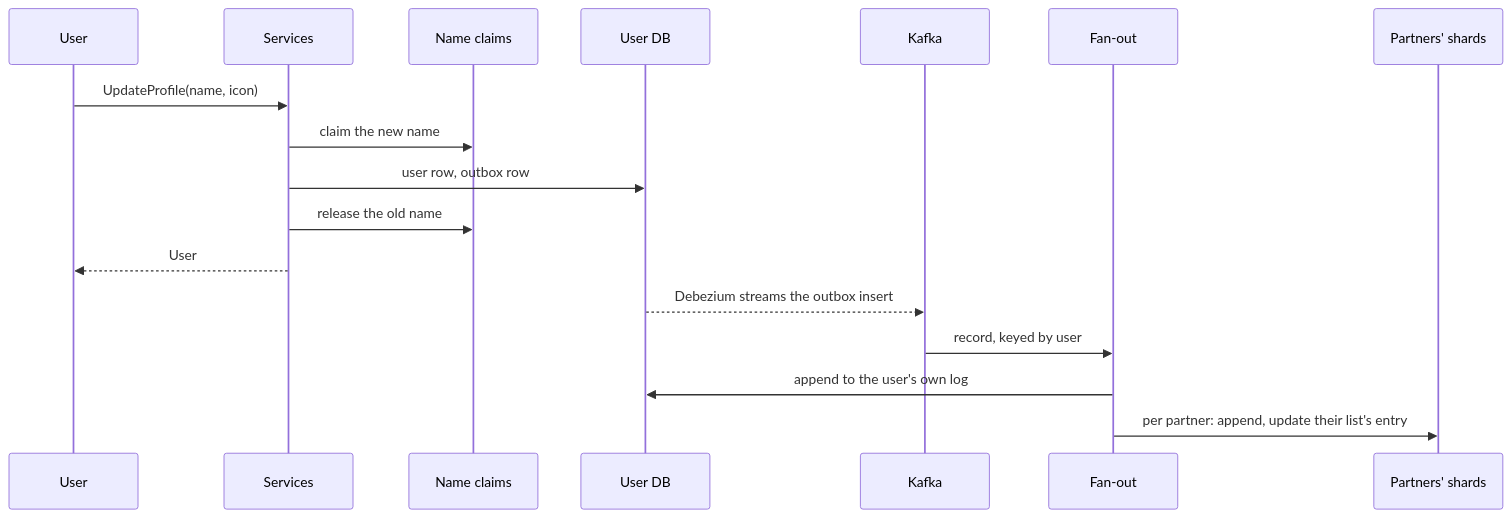
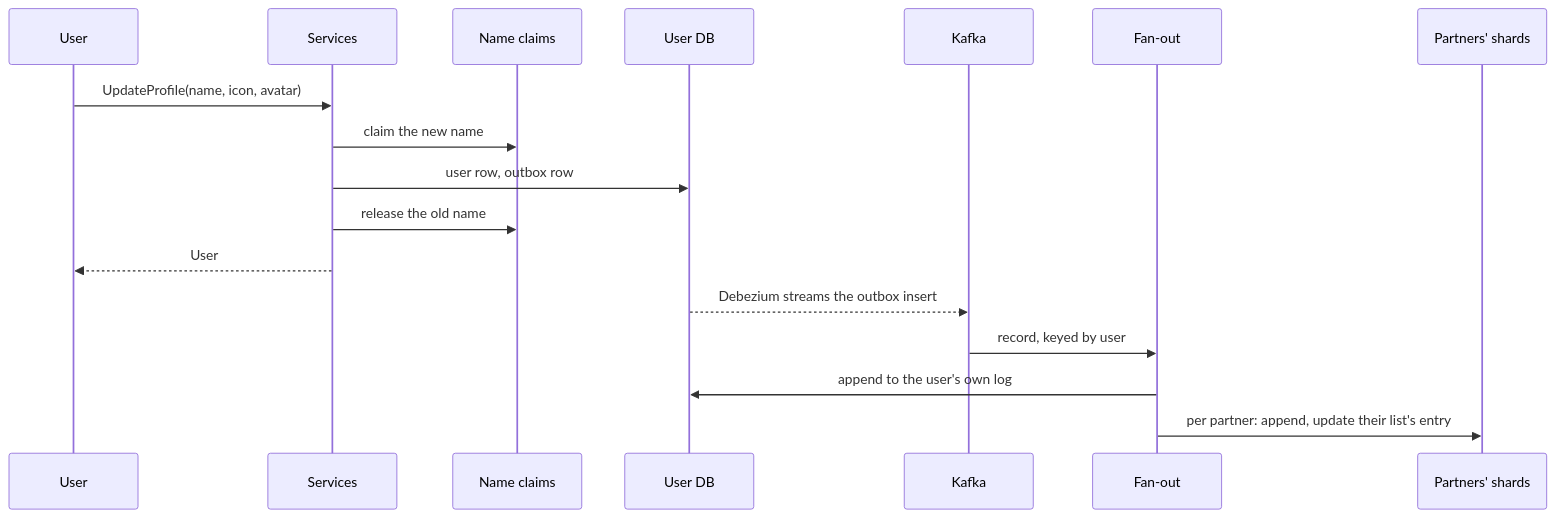
One commit to vlumi/wrinkle changed the fifth of 5 diagrams in docs/architecture.md. Above: the diagram before and after it, drawn with Mermaid. The commit also changed other lines of this file and 4 other files, not shown here.

First line of the commit message:
Docs: the feature set and what is solid in the README; choices, the key flow and the current data model in the architecture

````diff
--- a/docs/architecture.md
+++ b/docs/architecture.md
@@ -204,19 +241,19 @@
 ```mermaid
 sequenceDiagram
   participant A as User
   participant S as Services
   participant N as Name claims
   participant U as User DB
   participant K as Kafka
   participant F as Fan-out
   participant P as Partners' shards
-  A->>S: UpdateProfile(name, icon)
+  A->>S: UpdateProfile(name, icon, avatar)
   S->>N: claim the new name
   S->>U: user row, outbox row
   S->>N: release the old name
   S-->>A: User
   U-->>K: Debezium streams the outbox insert
   K->>F: record, keyed by user
   F->>U: append to the user's own log
   F->>P: per partner: append, update their list's entry
 ```
````
